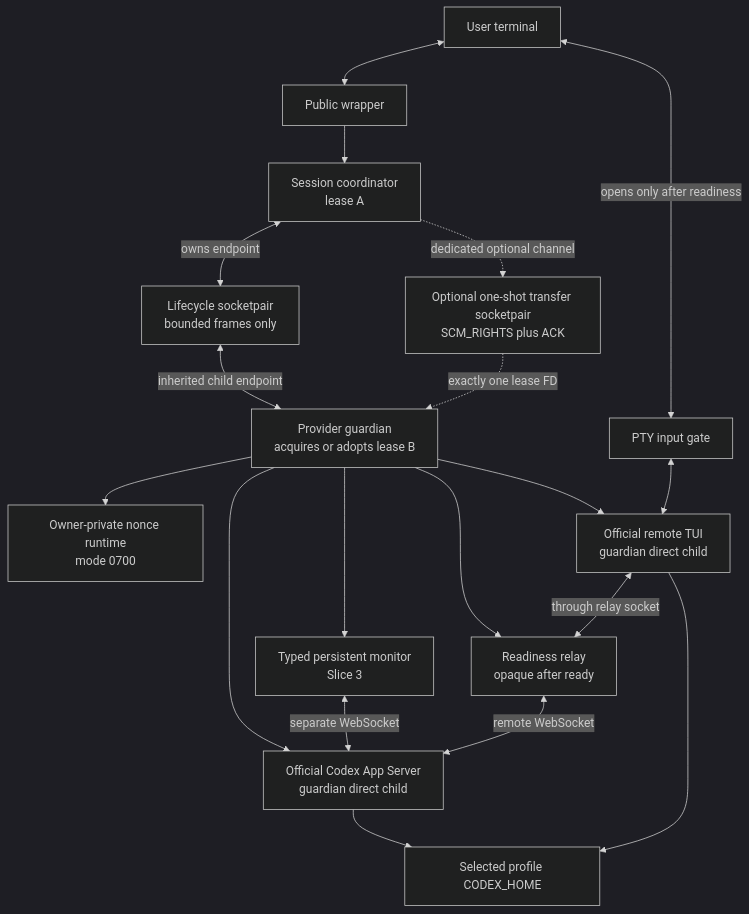
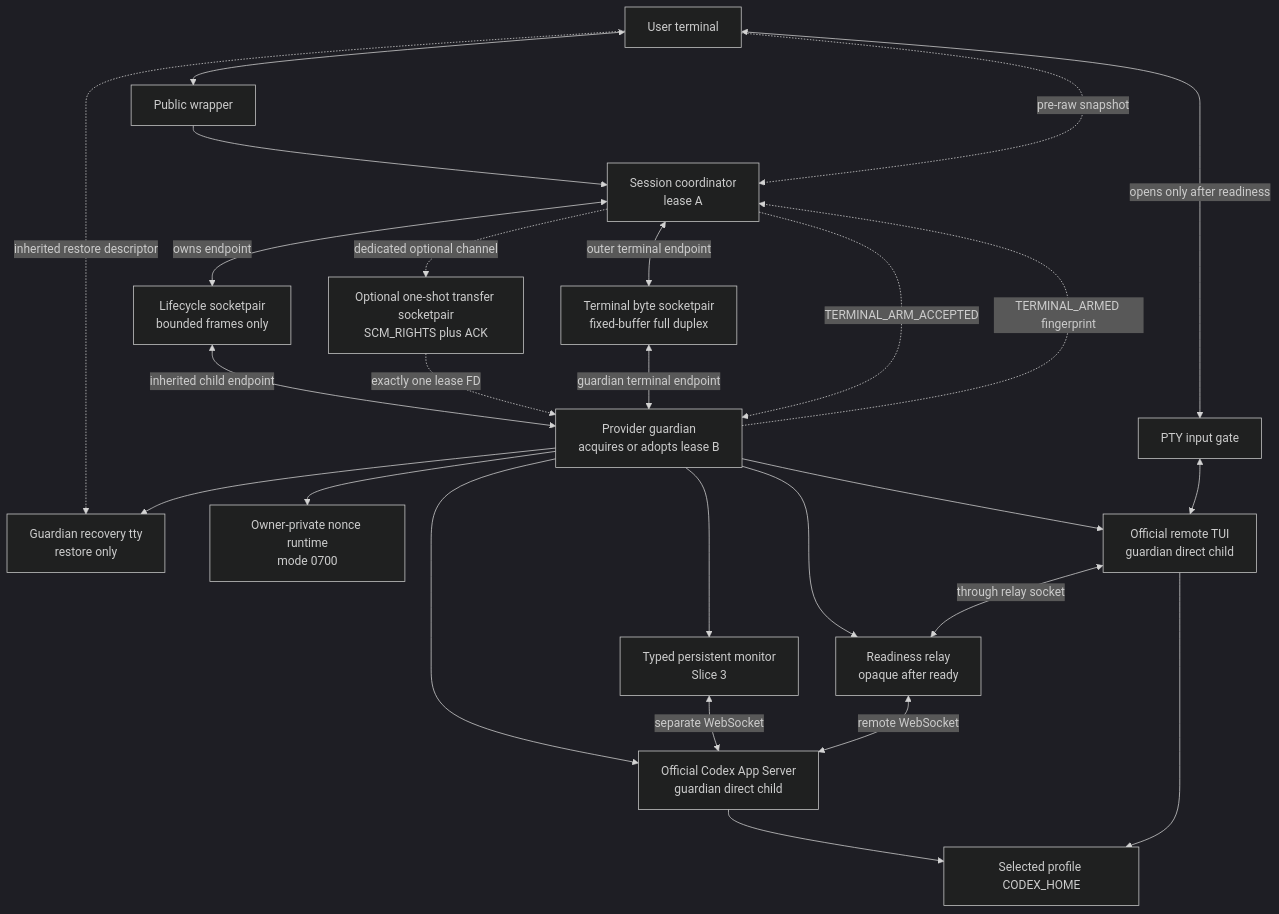
One commit to kazu-42/calcifer changed the first of 4 diagrams in docs/adr/0003-supervised-codex-session.md. Above: the diagram before and after it, drawn with Mermaid (dark theme). The commit also changed other lines of this file and 21 other files, not shown here.

````diff
--- a/docs/adr/0003-supervised-codex-session.md
+++ b/docs/adr/0003-supervised-codex-session.md
@@ -64,35 +76,44 @@
 ```mermaid
 flowchart TB
     TERM[User terminal]
     PUB[Public wrapper]
     COORD[Session coordinator<br/>lease A]
     GUARD[Provider guardian<br/>acquires or adopts lease B]
     LIFE[Lifecycle socketpair<br/>bounded frames only]
     XFER[Optional one-shot transfer socketpair<br/>SCM_RIGHTS plus ACK]
+    BYTES[Terminal byte socketpair<br/>fixed-buffer full duplex]
+    RECOVERY[Guardian recovery tty<br/>restore only]
     RUNTIME[Owner-private nonce runtime<br/>mode 0700]
     APP[Official Codex App Server<br/>guardian direct child]
     MON[Typed persistent monitor<br/>Slice 3]
     RELAY[Readiness relay<br/>opaque after ready]
     TUI[Official remote TUI<br/>guardian direct child]
     GATE[PTY input gate]
     HOME[Selected profile CODEX_HOME]
 
     TERM <--> PUB
     PUB --> COORD
     COORD <-->|owns endpoint| LIFE
     LIFE <-->|inherited child endpoint| GUARD
     COORD -. dedicated optional channel .-> XFER
     XFER -. exactly one lease FD .-> GUARD
+    COORD <-->|outer terminal endpoint| BYTES
+    BYTES <-->|guardian terminal endpoint| GUARD
+    TERM -. pre-raw snapshot .-> COORD
+    TERM -. inherited restore descriptor .-> RECOVERY
+    GUARD --> RECOVERY
+    GUARD -. TERMINAL_ARMED fingerprint .-> COORD
+    COORD -. TERMINAL_ARM_ACCEPTED .-> GUARD
     GUARD --> RUNTIME
     GUARD --> APP
     GUARD --> MON
     GUARD --> RELAY
     GUARD --> TUI
     TERM <-->|opens only after readiness| GATE
     GATE <--> TUI
     MON <-->|separate WebSocket| APP
     TUI <-->|through relay socket| RELAY
     RELAY <-->|remote WebSocket| APP
     APP --> HOME
     TUI --> HOME
 ```
````
